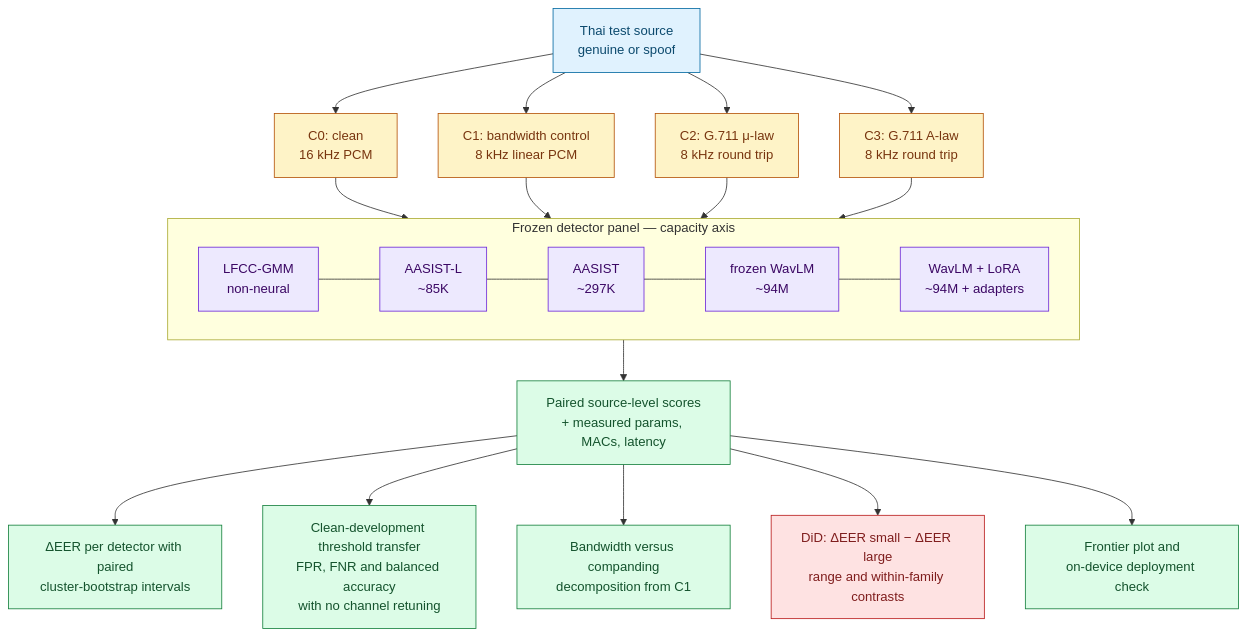
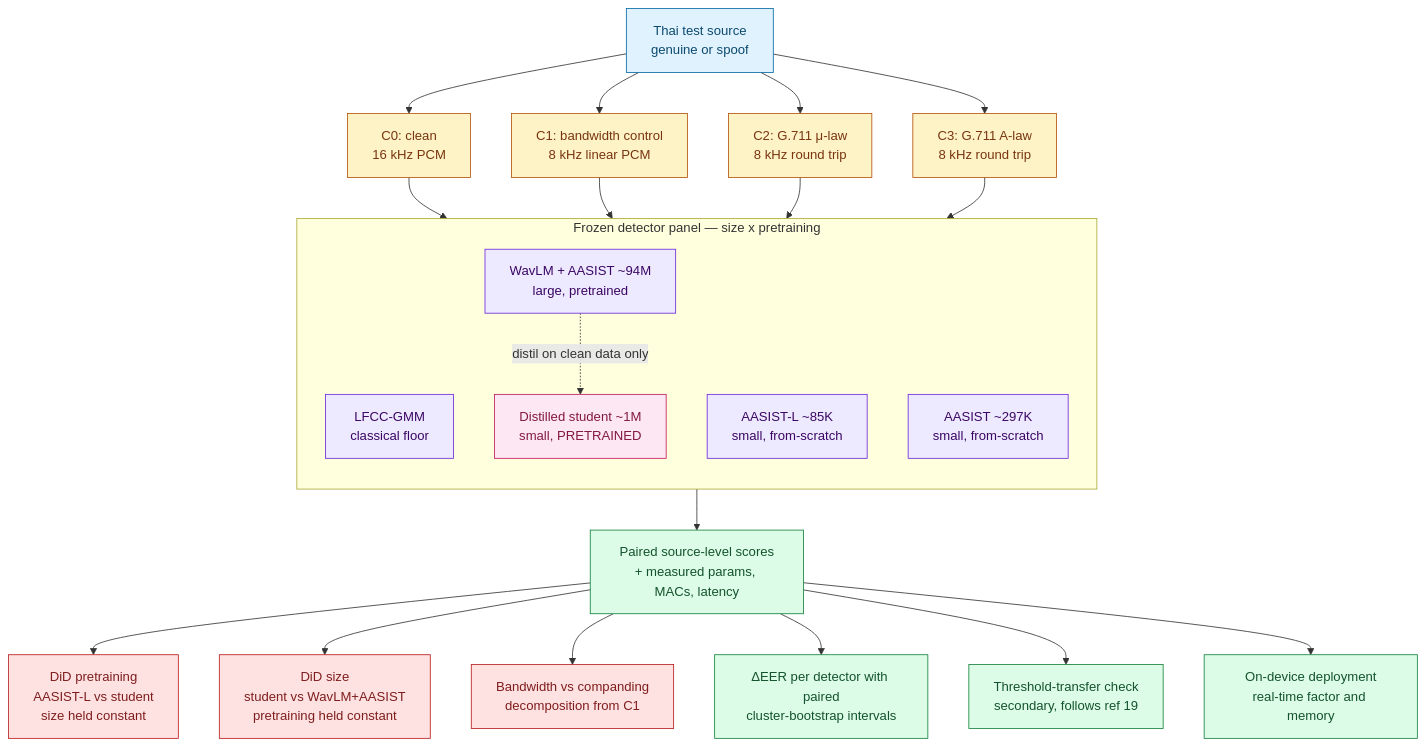
The diagram in docs/architecture.mmd (punyopan/ysc), drawn with Mermaid before and after one commit. The commit also changed 8 other files, not shown here.

First line of the commit message:
Disentangle model size from pretraining; correct novelty position

```diff
--- a/docs/architecture.mmd
+++ b/docs/architecture.mmd
@@ -1,34 +1,42 @@
 flowchart TB
     A[Thai test source<br/>genuine or spoof] --> C0[C0: clean<br/>16 kHz PCM]
     A --> C1[C1: bandwidth control<br/>8 kHz linear PCM]
     A --> C2[C2: G.711 μ-law<br/>8 kHz round trip]
     A --> C3[C3: G.711 A-law<br/>8 kHz round trip]
 
     C0 --> D
     C1 --> D
     C2 --> D
     C3 --> D
 
-    subgraph D [Frozen detector panel — capacity axis]
-        direction LR
-        D1[LFCC-GMM<br/>non-neural] --- D2[AASIST-L<br/>~85K] --- D3[AASIST<br/>~297K] --- D4[frozen WavLM<br/>~94M] --- D5[WavLM + LoRA<br/>~94M + adapters]
+    subgraph D [Frozen detector panel — size x pretraining]
+        direction TB
+        D1[LFCC-GMM<br/>classical floor]
+        D2[AASIST-L ~85K<br/>small, from-scratch]
+        D3[AASIST ~297K<br/>small, from-scratch]
+        D4[Distilled student ~1M<br/>small, PRETRAINED]
+        D5[WavLM + AASIST ~94M<br/>large, pretrained]
+        D5 -. distil on clean data only .-> D4
     end
 
     D --> E[Paired source-level scores<br/>+ measured params, MACs, latency]
 
+    E --> I1[DiD pretraining<br/>AASIST-L vs student<br/>size held constant]
+    E --> I2[DiD size<br/>student vs WavLM+AASIST<br/>pretraining held constant]
+    E --> H[Bandwidth vs companding<br/>decomposition from C1]
     E --> F[ΔEER per detector with paired<br/>cluster-bootstrap intervals]
-    E --> G[Clean-development threshold transfer<br/>FPR, FNR and balanced accuracy<br/>with no channel retuning]
-    E --> H[Bandwidth versus companding<br/>decomposition from C1]
-    E --> I[DiD: ΔEER small − ΔEER large<br/>range and within-family contrasts]
-    E --> J[Frontier plot and<br/>on-device deployment check]
+    E --> G[Threshold-transfer check<br/>secondary, follows ref 19]
+    E --> J[On-device deployment<br/>real-time factor and memory]
 
     classDef source fill:#e0f2fe,stroke:#0369a1,color:#0c4a6e;
     classDef condition fill:#fef3c7,stroke:#b45309,color:#78350f;
     classDef detector fill:#ede9fe,stroke:#6d28d9,color:#3b0764;
+    classDef student fill:#fce7f3,stroke:#be185d,color:#831843;
     classDef analysis fill:#dcfce7,stroke:#15803d,color:#14532d;
     classDef primary fill:#fee2e2,stroke:#b91c1c,color:#7f1d1d;
     class A source;
     class C0,C1,C2,C3 condition;
-    class D1,D2,D3,D4,D5 detector;
-    class E,F,G,H,J analysis;
-    class I primary;
+    class D1,D2,D3,D5 detector;
+    class D4 student;
+    class E,F,G,J analysis;
+    class I1,I2,H primary;
```
